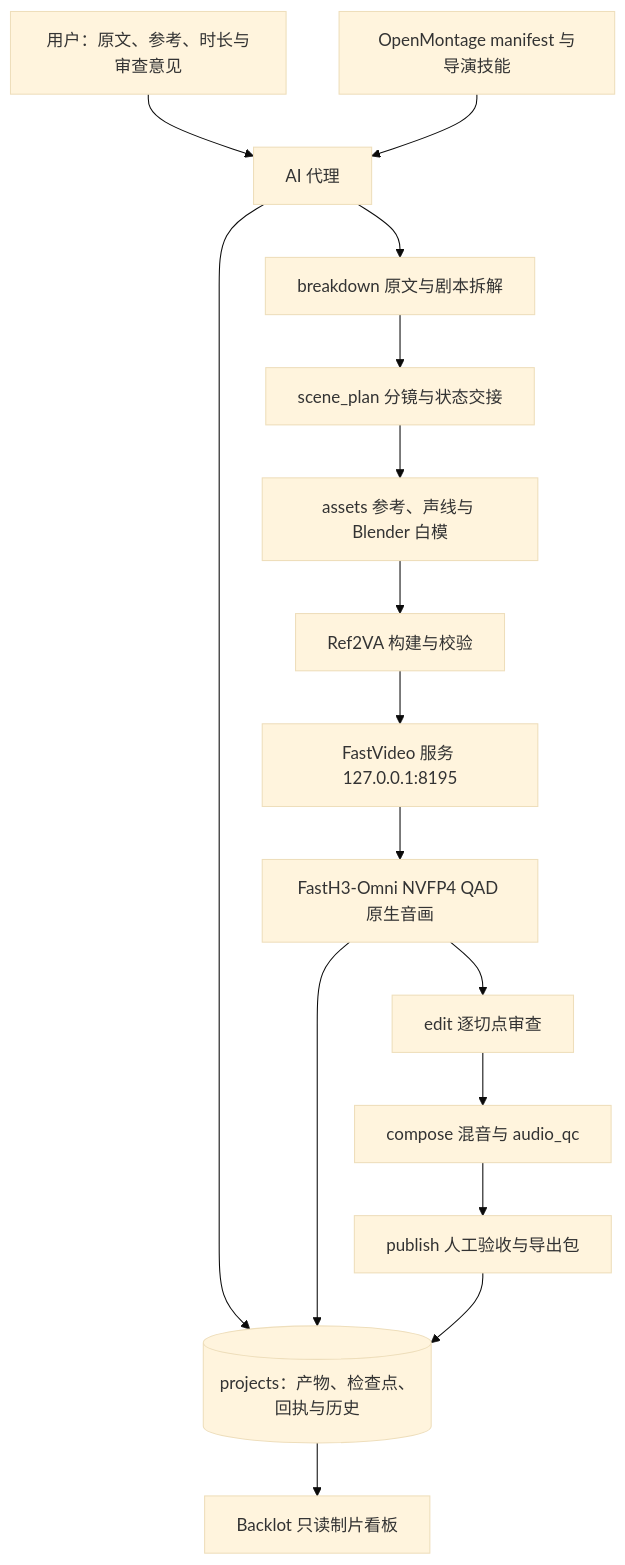
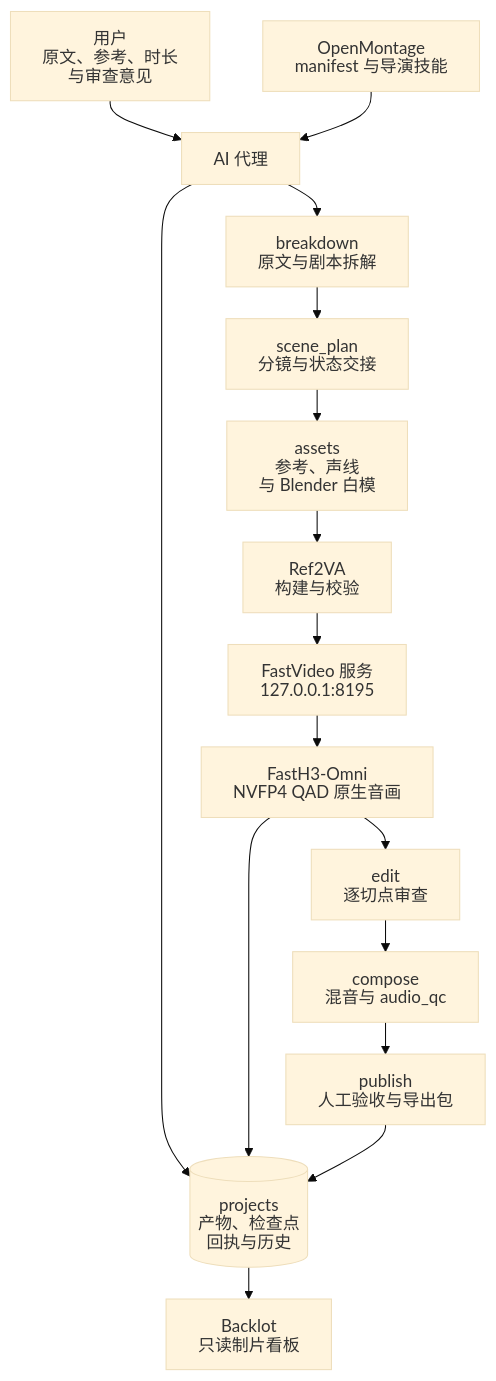
The diagram in README.md (jx1100370217/novel-h3-studio), drawn with Mermaid (base theme) before and after one commit.

Commit message:
docs: 修复说明文档架构图的文字截断
为中英文节点添加明确换行，使用 SVG 文本标签并调整层级间距。

仅修改根目录说明文档；已验证十四个节点的文字均完整位于边框内，并通过差异空白检查。

````diff
--- a/README.md
+++ b/README.md
@@ -72,18 +72,24 @@
 ```mermaid
+---
+config:
+  htmlLabels: false
+  flowchart:
+    rankSpacing: 30
+---
 flowchart TD
-    U[用户：原文、参考、时长与审查意见] --> A[AI 代理]
-    M[OpenMontage manifest 与导演技能] --> A
-    A --> B[breakdown 原文与剧本拆解]
-    B --> C[scene_plan 分镜与状态交接]
-    C --> D[assets 参考、声线与 Blender 白模]
-    D --> R[Ref2VA 构建与校验]
-    R --> F[FastVideo 服务 127.0.0.1:8195]
-    F --> V[FastH3-Omni NVFP4 QAD 原生音画]
-    V --> E[edit 逐切点审查]
-    E --> Q[compose 混音与 audio_qc]
-    Q --> P[publish 人工验收与导出包]
-    A --> W[(projects：产物、检查点、回执与历史)]
+    U["用户<br/>原文、参考、时长<br/>与审查意见"] --> A["AI 代理"]
+    M["OpenMontage<br/>manifest 与导演技能"] --> A
+    A --> B["breakdown<br/>原文与剧本拆解"]
+    B --> C["scene_plan<br/>分镜与状态交接"]
+    C --> D["assets<br/>参考、声线<br/>与 Blender 白模"]
+    D --> R["Ref2VA<br/>构建与校验"]
+    R --> F["FastVideo 服务<br/>127.0.0.1:8195"]
+    F --> V["FastH3-Omni<br/>NVFP4 QAD 原生音画"]
+    V --> E["edit<br/>逐切点审查"]
+    E --> Q["compose<br/>混音与 audio_qc"]
+    Q --> P["publish<br/>人工验收与导出包"]
+    A --> W[("projects<br/>产物、检查点<br/>回执与历史")]
     V --> W
     P --> W
-    W --> K[Backlot 只读制片看板]
+    W --> K["Backlot<br/>只读制片看板"]
 ```
````
